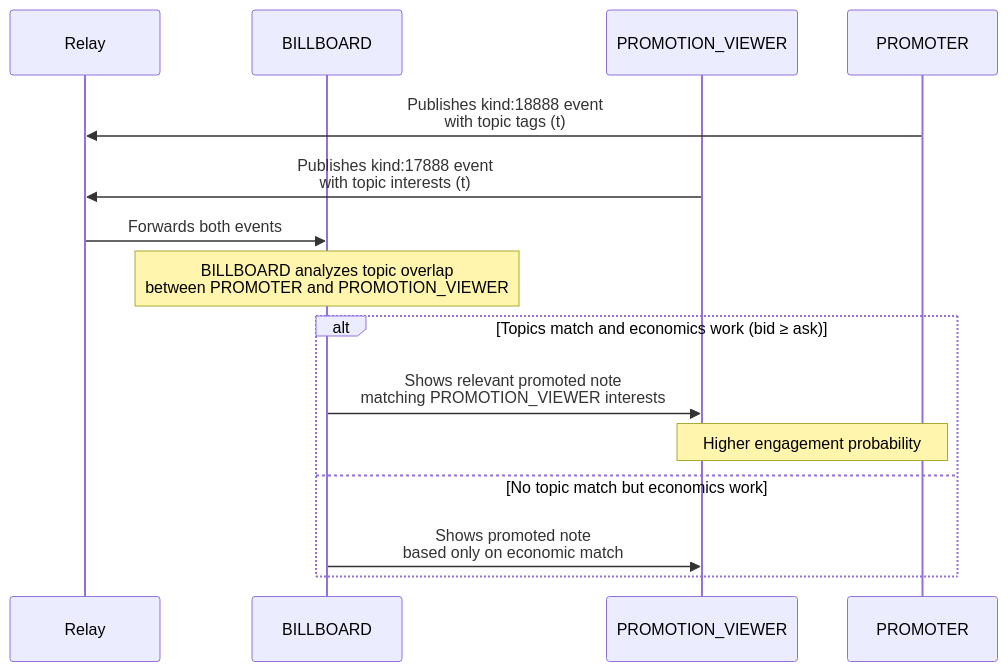
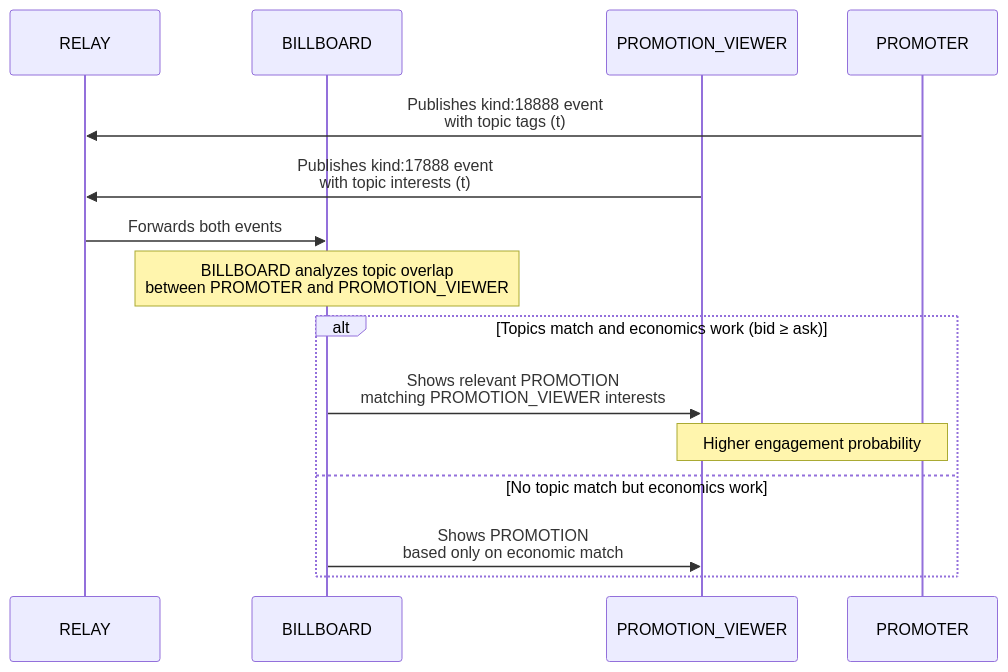
The diagram in NIP-X5.md (joinnextblock/attn-protocol), drawn with Mermaid before and after one commit. The commit also changed other lines of this file and 6 other files, not shown here.

````diff
--- a/NIP-X5.md
+++ b/NIP-X5.md
@@ -160,20 +160,20 @@
 ```mermaid
 sequenceDiagram
-    participant Relay
+    participant RELAY
     participant BILLBOARD
     participant PROMOTION_VIEWER
     participant PROMOTER
 
-    PROMOTER->>Relay: Publishes kind:18888 event<br/>with topic tags (t)
-    PROMOTION_VIEWER->>Relay: Publishes kind:17888 event<br/>with topic interests (t)
-    Relay->>BILLBOARD: Forwards both events
+    PROMOTER->>RELAY: Publishes kind:18888 event<br/>with topic tags (t)
+    PROMOTION_VIEWER->>RELAY: Publishes kind:17888 event<br/>with topic interests (t)
+    RELAY->>BILLBOARD: Forwards both events
     
     Note over BILLBOARD: BILLBOARD analyzes topic overlap<br/>between PROMOTER and PROMOTION_VIEWER
     
     alt Topics match and economics work (bid ≥ ask)
-        BILLBOARD->>PROMOTION_VIEWER: Shows relevant promoted note<br/>matching PROMOTION_VIEWER interests
+        BILLBOARD->>PROMOTION_VIEWER: Shows relevant PROMOTION<br/>matching PROMOTION_VIEWER interests
         Note over PROMOTION_VIEWER,PROMOTER: Higher engagement probability
     else No topic match but economics work
-        BILLBOARD->>PROMOTION_VIEWER: Shows promoted note<br/>based only on economic match
+        BILLBOARD->>PROMOTION_VIEWER: Shows PROMOTION<br/>based only on economic match
     end
 ```
````
